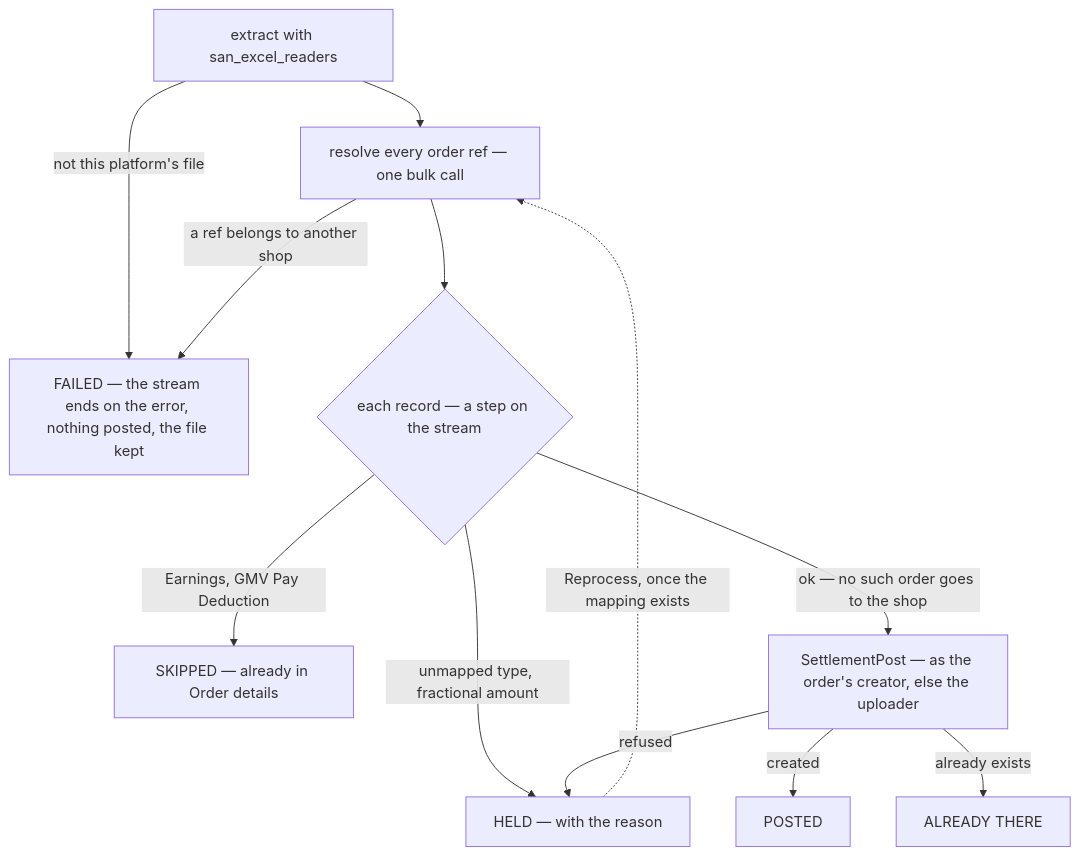
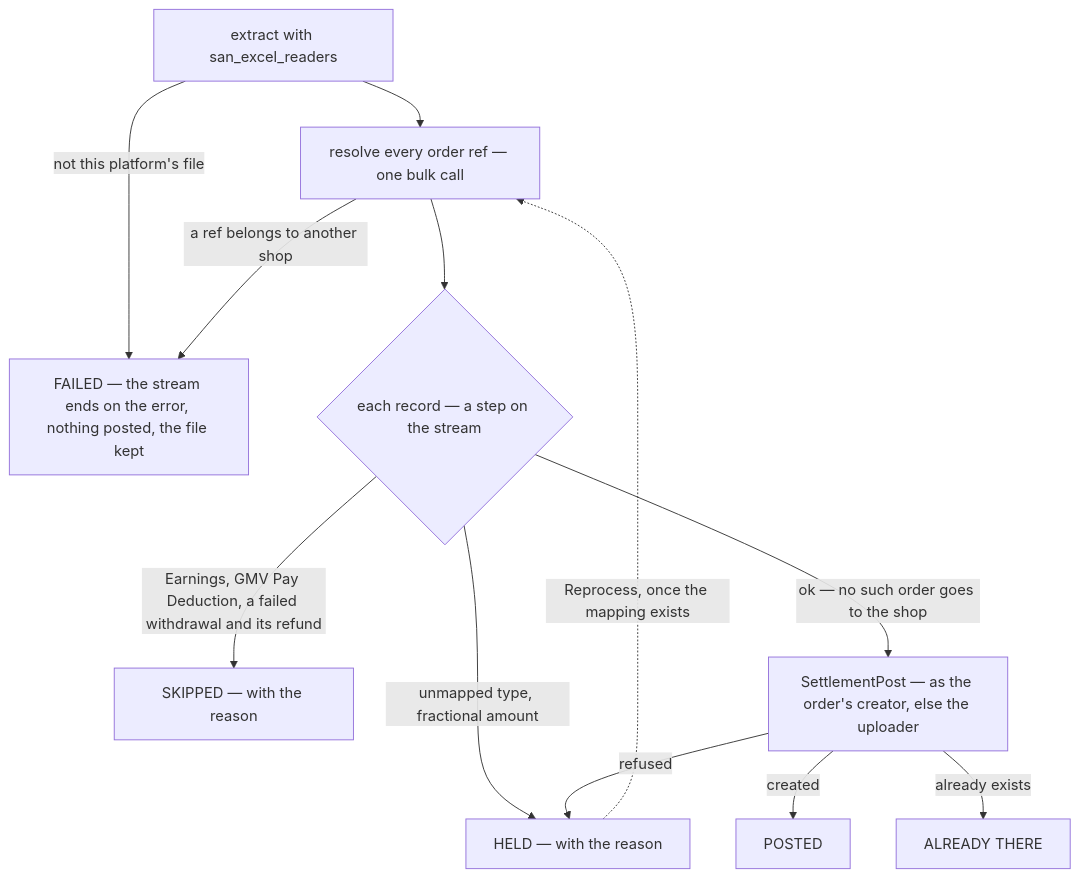
Before and after one commit to pdcgo/warehouse_revamp: the fourth of 10 diagrams in docs/business/settlement/settlement_importer_clarify.md, drawn with Mermaid. The commit also changed other lines of this file and 4 other files, not shown here.

````diff
--- a/docs/business/settlement/settlement_importer_clarify.md
+++ b/docs/business/settlement/settlement_importer_clarify.md
@@ -144,14 +142,14 @@
 ```mermaid
 flowchart TD
   P["extract with san_excel_readers"] -->|"not this platform's file"| F["FAILED — the stream ends on the error, nothing posted, the file kept"]
   P --> R["resolve every order ref — one bulk call"]
   R -->|"a ref belongs to another shop"| F
   R --> L{"each record — a step on the stream"}
-  L -->|"Earnings, GMV Pay Deduction"| SK["SKIPPED — already in Order details"]
+  L -->|"Earnings, GMV Pay Deduction, a failed withdrawal and its refund"| SK["SKIPPED — with the reason"]
   L -->|"unmapped type, fractional amount"| H["HELD — with the reason"]
   L -->|"ok — no such order goes to the shop"| W["SettlementPost — as the order's creator, else the uploader"]
   W -->|"created"| PO["POSTED"]
   W -->|"already exists"| EX["ALREADY THERE"]
   W -->|"refused"| H
   H -.->|"Reprocess, once the mapping exists"| R
 ```
````
